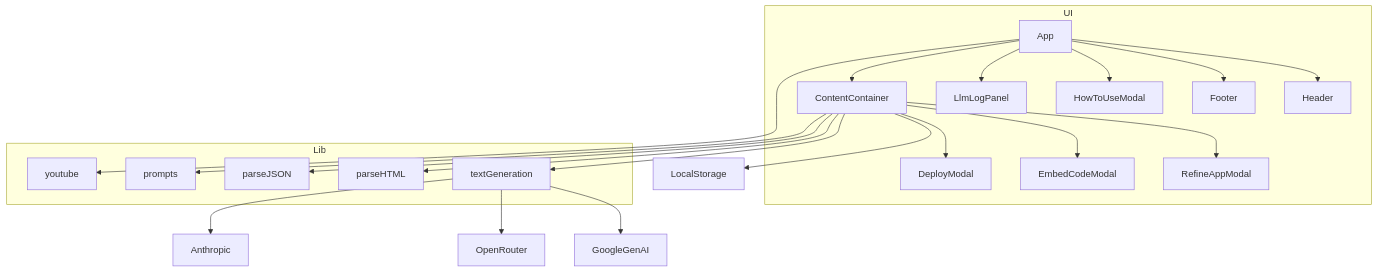
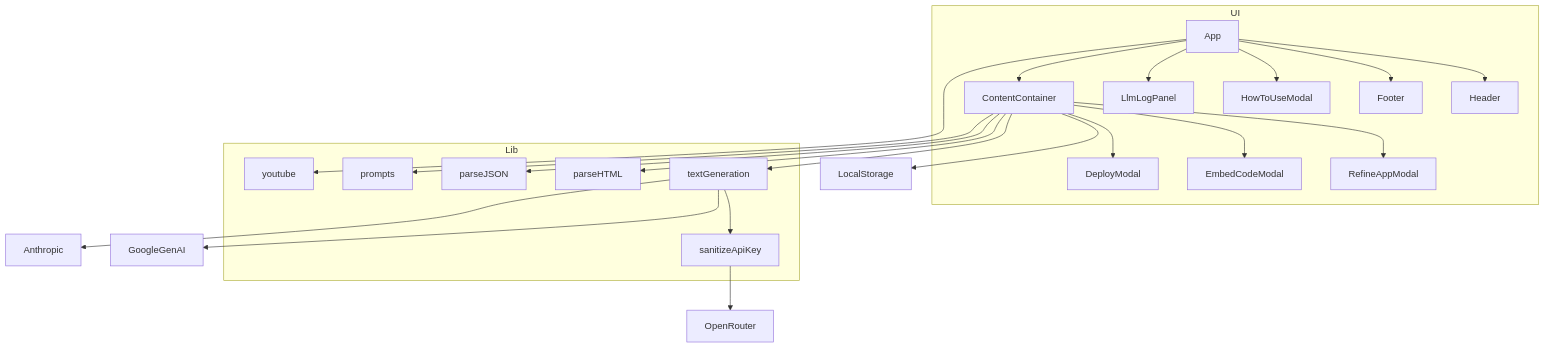
Before and after one commit to rebots-online/classify: the diagram in docs/architecture/architecture.mmd, drawn with Mermaid. The commit also changed 2 other files, not shown here.

Commit message:
Improve OpenRouter key sanitization

```diff
--- a/docs/architecture/architecture.mmd
+++ b/docs/architecture/architecture.mmd
@@ -1,37 +1,39 @@
 %% Architecture Diagram for Video to Learning App (updated to reflect no ExampleGallery component)
 flowchart TB
     subgraph UI
         App
         Header
         Footer
         HowToUseModal
         LlmLogPanel
         ContentContainer
         RefineAppModal
         EmbedCodeModal
         DeployModal
     end
     subgraph Lib
         parseJSON
         parseHTML
         textGeneration
+        sanitizeApiKey
         youtube
         prompts
     end
     App --> Header
     App --> Footer
     App --> HowToUseModal
     App --> LlmLogPanel
     App --> ContentContainer
     ContentContainer --> RefineAppModal
     ContentContainer --> EmbedCodeModal
     ContentContainer --> DeployModal
     ContentContainer --> LocalStorage
     ContentContainer --> textGeneration
     ContentContainer --> parseHTML
     ContentContainer --> parseJSON
     ContentContainer --> prompts
+    textGeneration --> sanitizeApiKey
+    sanitizeApiKey --> OpenRouter
     textGeneration --> GoogleGenAI
-    textGeneration --> OpenRouter
     textGeneration --> Anthropic
     App --> youtube
```
